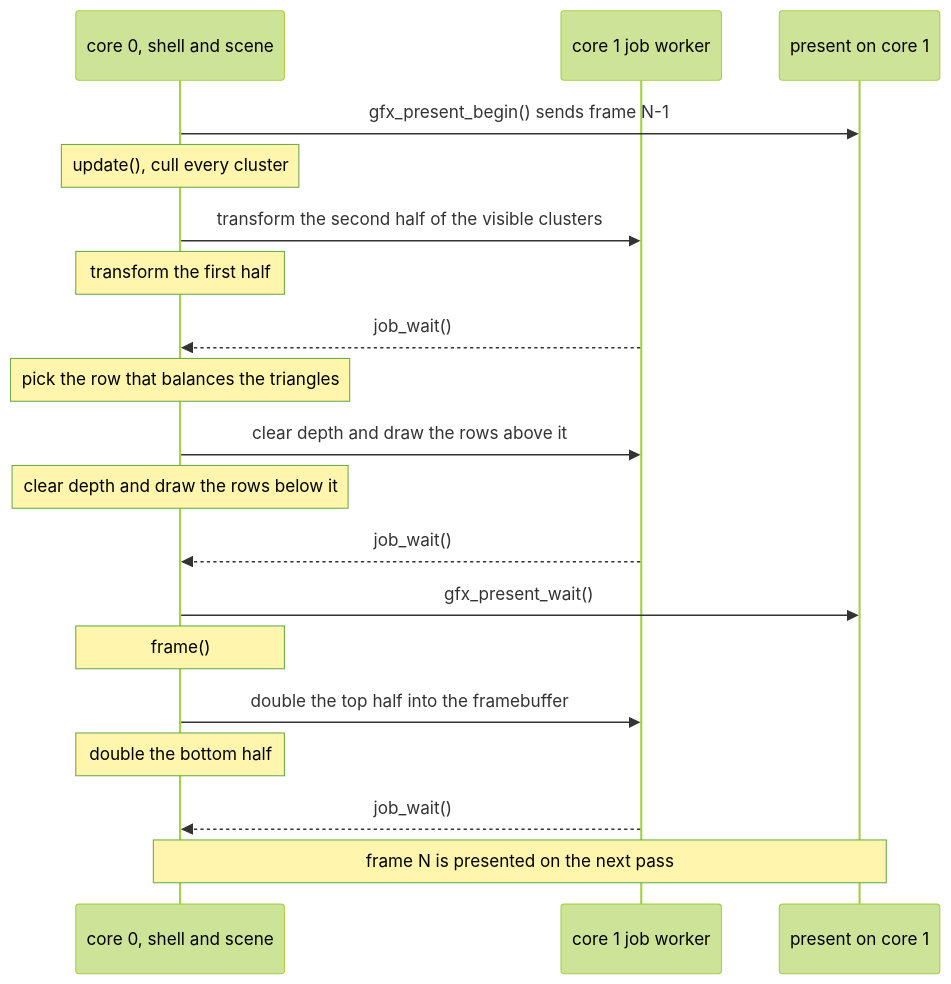
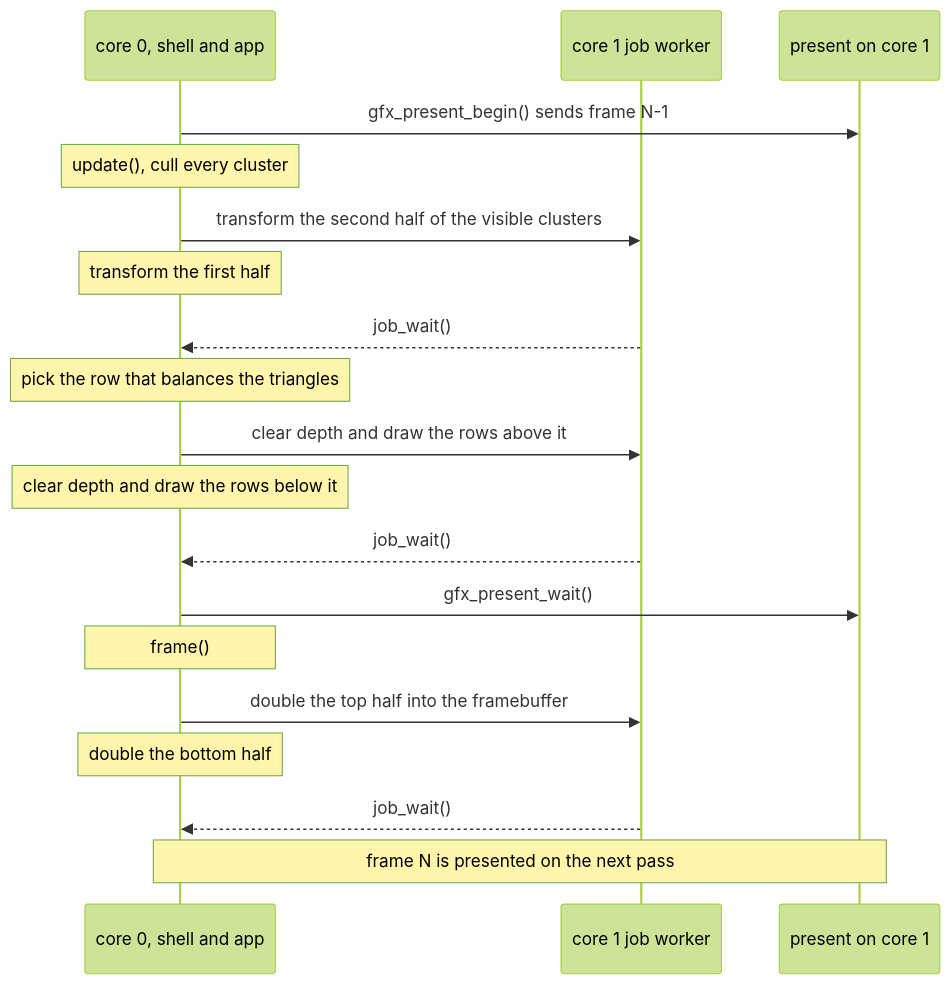
Before and after one commit to jose-villegas/autana: the third of 4 diagrams in docs/Firmware-Architecture.md, drawn with Mermaid (forest theme).

Commit message:
docs: the lit-mesh diagram's core 0 is the shell and the app

````diff
--- a/docs/Firmware-Architecture.md
+++ b/docs/Firmware-Architecture.md
@@ -221,21 +221,21 @@
 ```mermaid
 sequenceDiagram
-    participant C0 as core 0, shell and scene
+    participant C0 as core 0, shell and app
     participant J as core 1 job worker
     participant P as present on core 1
     C0->>P: gfx_present_begin() sends frame N-1
     Note over C0: update(), cull every cluster
     C0->>J: transform the second half of the visible clusters
     Note over C0: transform the first half
     J-->>C0: job_wait()
     Note over C0: pick the row that balances the triangles
     C0->>J: clear depth and draw the rows above it
     Note over C0: clear depth and draw the rows below it
     J-->>C0: job_wait()
     C0->>P: gfx_present_wait()
     Note over C0: frame()
     C0->>J: double the top half into the framebuffer
     Note over C0: double the bottom half
     J-->>C0: job_wait()
     Note over C0,P: frame N is presented on the next pass
 ```
````
